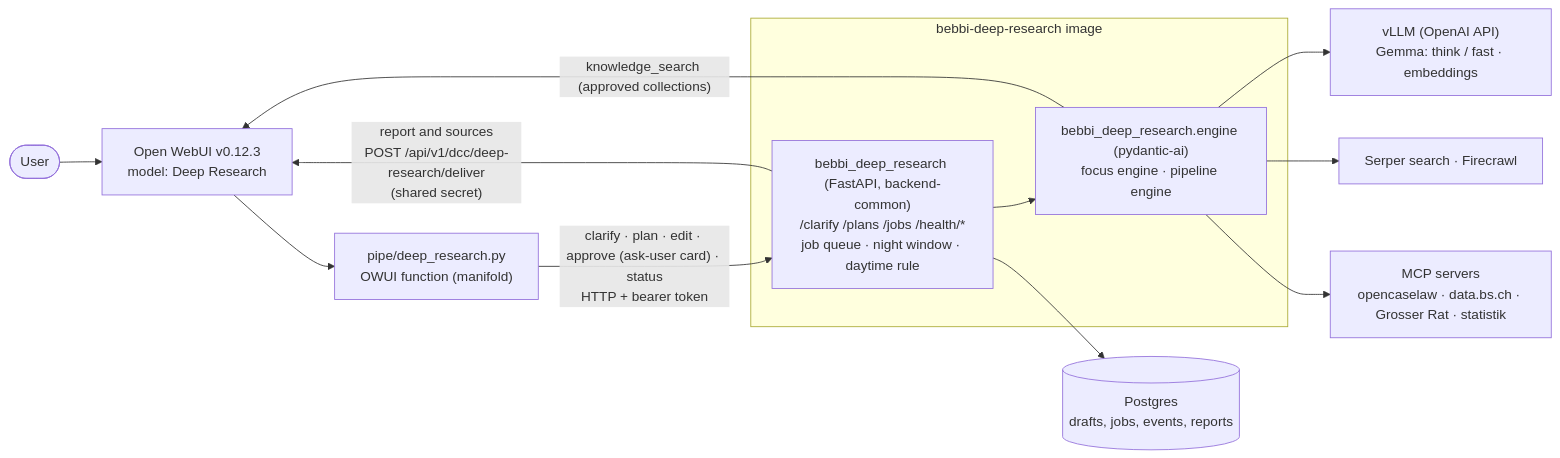
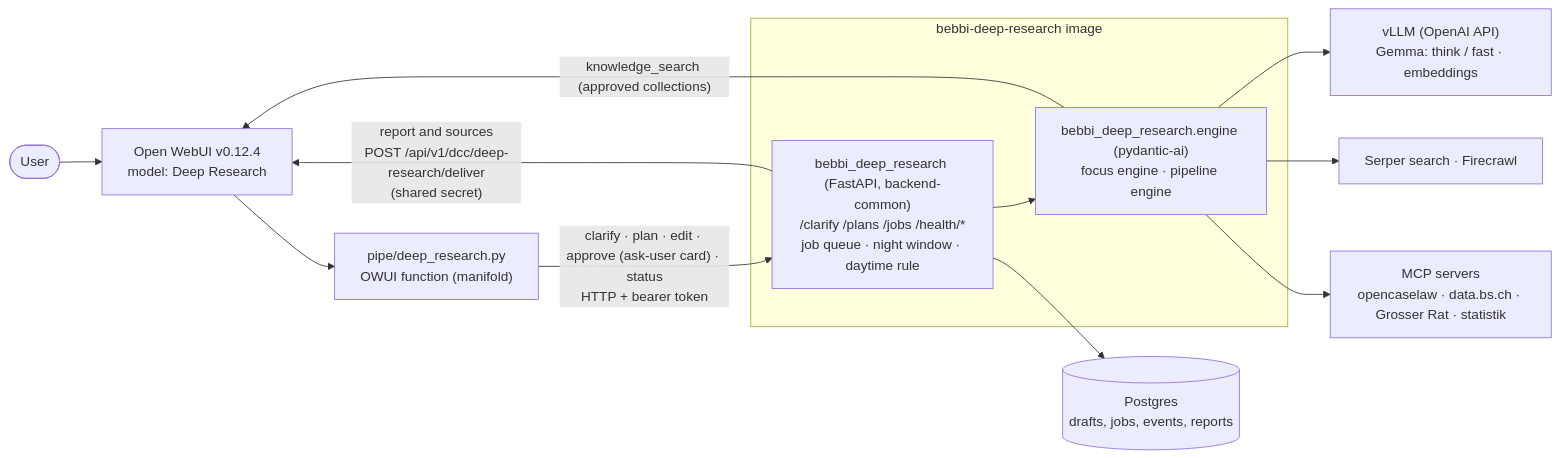
The diagram in README.md (DCC-BS/bebbi-deep-research), drawn with Mermaid before and after one commit. The commit also changed other lines of this file and 8 other files, not shown here.

First line of the commit message:
Open WebUI 0.12.4: pipe keeps its state when context compaction drops it; stack on 0.12.4 (#15)

````diff
--- a/README.md
+++ b/README.md
@@ -14,19 +14,19 @@
 ```mermaid
 flowchart LR
-    user([User]) --> owui["Open WebUI v0.12.3<br/>model: Deep Research"]
+    user([User]) --> owui["Open WebUI v0.12.4<br/>model: Deep Research"]
     owui --> pipe["pipe/deep_research.py<br/>OWUI function (manifold)"]
     pipe -- "clarify · plan · edit · approve (ask-user card) · status<br/>HTTP + bearer token" --> svc
     svc -- "report and sources<br/>POST /api/v1/dcc/deep-research/deliver<br/>(shared secret)" --> owui
 
     subgraph svc_box ["bebbi-deep-research image"]
         svc["bebbi_deep_research (FastAPI, backend-common)<br/>/clarify /plans /jobs /health/*<br/>job queue · night window · daytime rule"]
         engine["bebbi_deep_research.engine (pydantic-ai)<br/>focus engine · pipeline engine"]
         svc --> engine
     end
 
     svc --> pg[("Postgres<br/>drafts, jobs, events, reports")]
     engine --> llm["vLLM (OpenAI API)<br/>Gemma: think / fast · embeddings"]
     engine --> web["Serper search · Firecrawl"]
     engine --> mcp["MCP servers<br/>opencaselaw · data.bs.ch · Grosser Rat · statistik"]
     engine -- "knowledge_search (approved collections)" --> owui
 ```
````
